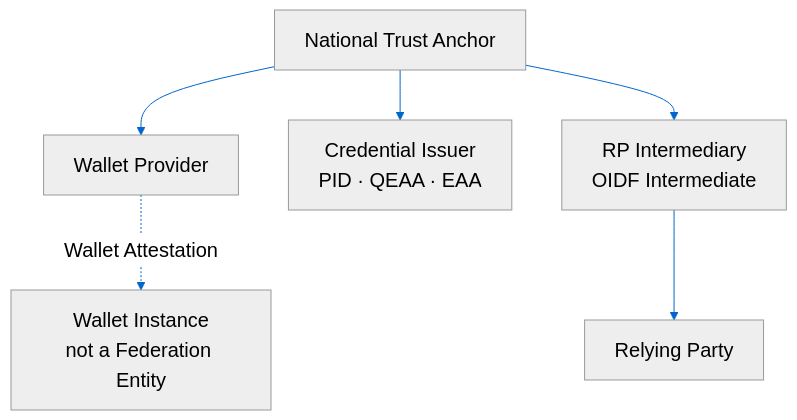
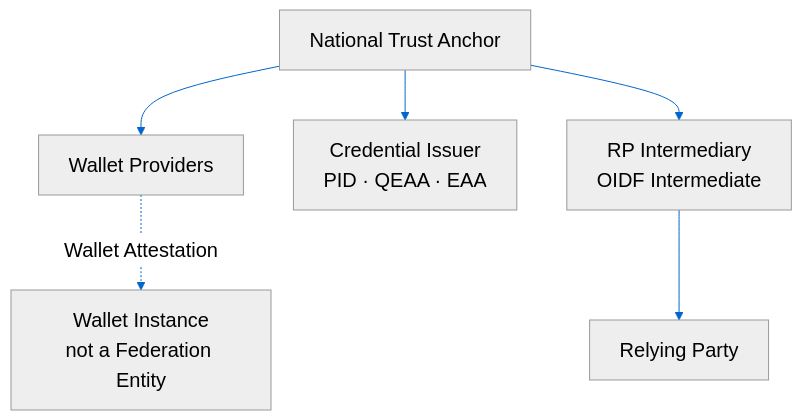
Before and after one commit to peppelinux/Wallet-Presentations: the diagram in gdc-italian-federation-vc-wallet/diagrams/d01-federation-topology.mmd, drawn with Mermaid. The commit also changed 5 other files, not shown here.

```diff
--- a/gdc-italian-federation-vc-wallet/diagrams/d01-federation-topology.mmd
+++ b/gdc-italian-federation-vc-wallet/diagrams/d01-federation-topology.mmd
@@ -1,15 +1,15 @@
 %%{init: {'theme': 'neutral', 'themeVariables': { 'fontSize': '20px', 'primaryColor': '#e8f3fc', 'primaryTextColor': '#1a1a1a', 'lineColor': '#0066cc'}}}%%
 flowchart TB
   TA["National Trust Anchor"]
 
-  WP["Wallet Provider"]
+  WP["Wallet Providers"]
   CI["Credential Issuer<br/>PID · QEAA · EAA"]
   INT["RP Intermediary<br/>OIDF Intermediate"]
   RP["Relying Party"]
   WI["Wallet Instance<br/>not a Federation Entity"]
 
   TA --> WP
   TA --> CI
   TA --> INT
   INT --> RP
   WP -.->|"Wallet Attestation"| WI
```
